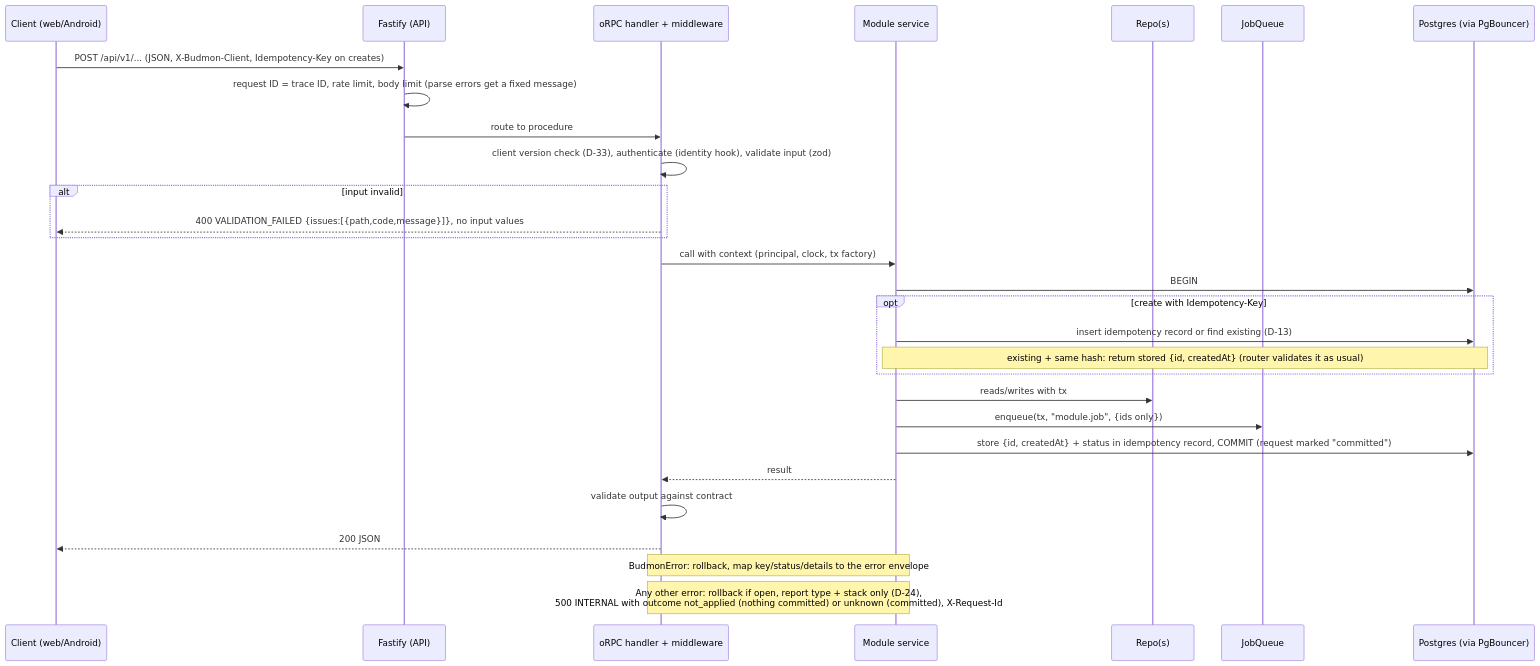
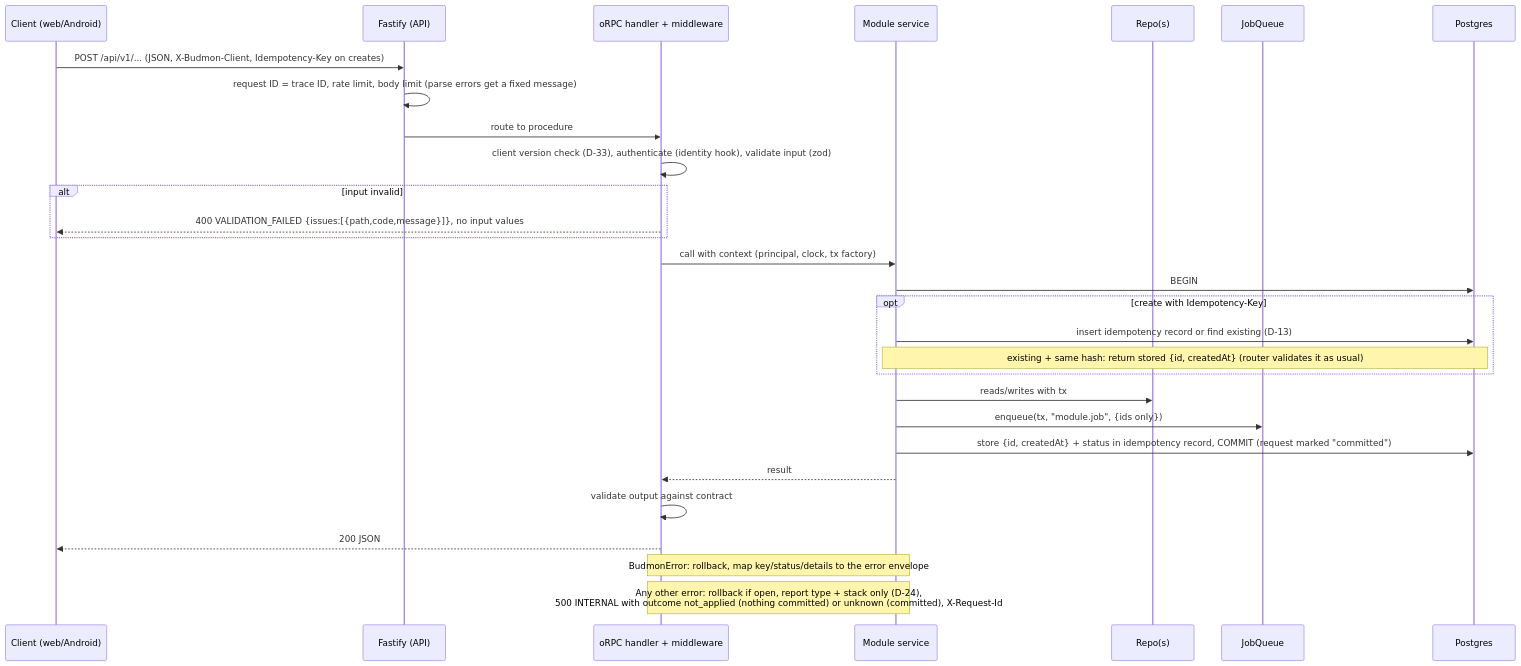
The fourth of 9 diagrams in docs/design/platform/hld.md (ali-hy/Budmon), drawn with Mermaid before and after one commit. The commit also changed other lines of this file and 1 other file, not shown here.

````diff
--- a/docs/design/platform/hld.md
+++ b/docs/design/platform/hld.md
@@ -432,31 +441,31 @@
 ```mermaid
 sequenceDiagram
   participant C as Client (web/Android)
   participant F as Fastify (API)
   participant O as oRPC handler + middleware
   participant S as Module service
   participant R as Repo(s)
   participant Q as JobQueue
-  participant DB as Postgres (via PgBouncer)
+  participant DB as Postgres
   C->>F: POST /api/v1/... (JSON, X-Budmon-Client, Idempotency-Key on creates)
   F->>F: request ID = trace ID, rate limit, body limit (parse errors get a fixed message)
   F->>O: route to procedure
   O->>O: client version check (D-33), authenticate (identity hook), validate input (zod)
   alt input invalid
     O-->>C: 400 VALIDATION_FAILED {issues:[{path,code,message}]}, no input values
   end
   O->>S: call with context (principal, clock, tx factory)
   S->>DB: BEGIN
   opt create with Idempotency-Key
     S->>DB: insert idempotency record or find existing (D-13)
     Note over S,DB: existing + same hash: return stored {id, createdAt} (router validates it as usual)
   end
   S->>R: reads/writes with tx
   S->>Q: enqueue(tx, "module.job", {ids only})
   S->>DB: store {id, createdAt} + status in idempotency record, COMMIT (request marked "committed")
   S-->>O: result
   O->>O: validate output against contract
   O-->>C: 200 JSON
   Note over S,O: BudmonError: rollback, map key/status/details to the error envelope
   Note over S,O: Any other error: rollback if open, report type + stack only (D-24),<br/>500 INTERNAL with outcome not_applied (nothing committed) or unknown (committed), X-Request-Id
 ```
````
